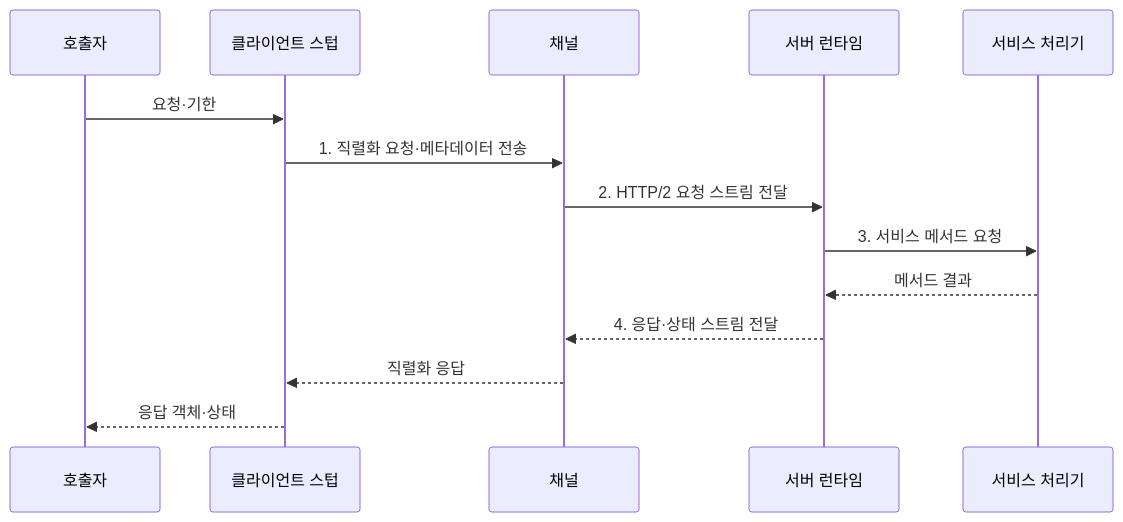
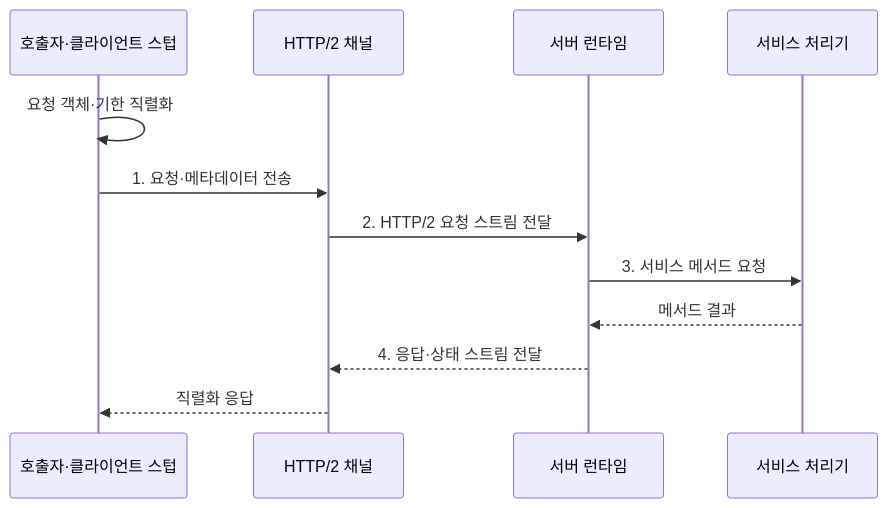
One commit to agnusdei1207/knowledge-base changed the second of 2 diagrams in src/content/docs/notes/03-software/173_grpc.md. Above: the diagram before and after it, drawn with Mermaid. The commit also changed 8 other files, not shown here.

Commit message:
Simplify service operation diagrams

````diff
--- a/src/content/docs/notes/03-software/173_grpc.md
+++ b/src/content/docs/notes/03-software/173_grpc.md
@@ -99,16 +99,14 @@
 ```mermaid
 sequenceDiagram
-    participant A as 호출자
-    participant C as 클라이언트 스텁
-    participant H as 채널
+    participant C as 호출자·클라이언트 스텁
+    participant H as HTTP/2 채널
     participant R as 서버 런타임
     participant S as 서비스 처리기
-    A->>C: 요청·기한
-    C->>H: 1. 직렬화 요청·메타데이터 전송
+    C->>C: 요청 객체·기한 직렬화
+    C->>H: 1. 요청·메타데이터 전송
     H->>R: 2. HTTP/2 요청 스트림 전달
     R->>S: 3. 서비스 메서드 요청
     S-->>R: 메서드 결과
     R-->>H: 4. 응답·상태 스트림 전달
     H-->>C: 직렬화 응답
-    C-->>A: 응답 객체·상태
 ```
````
